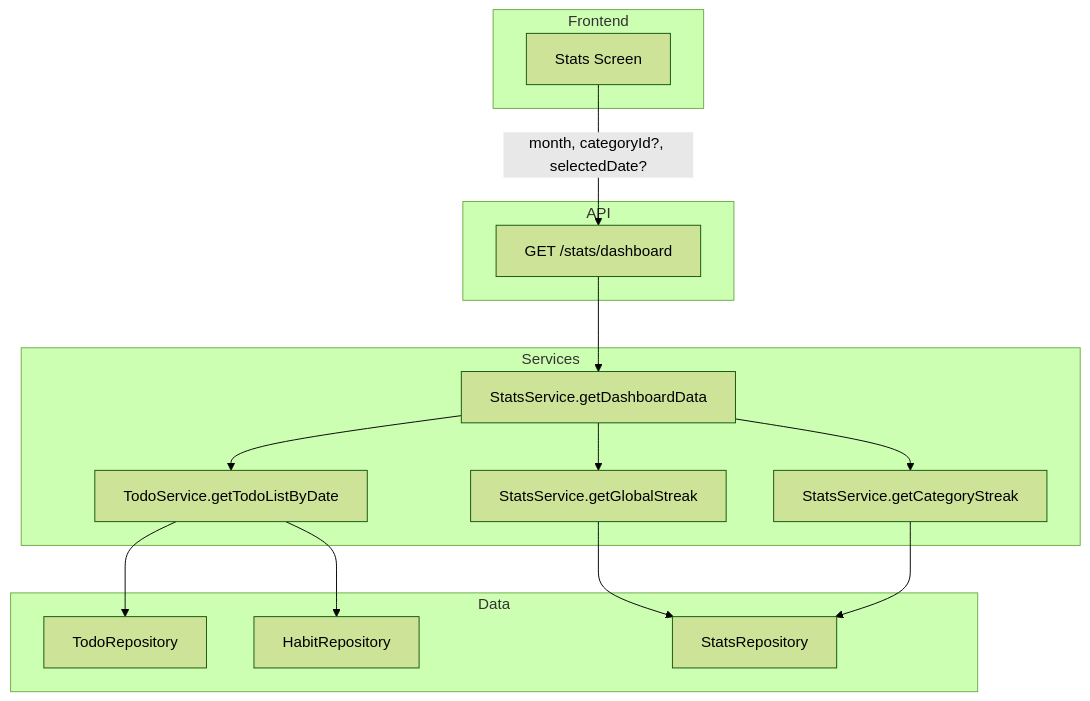
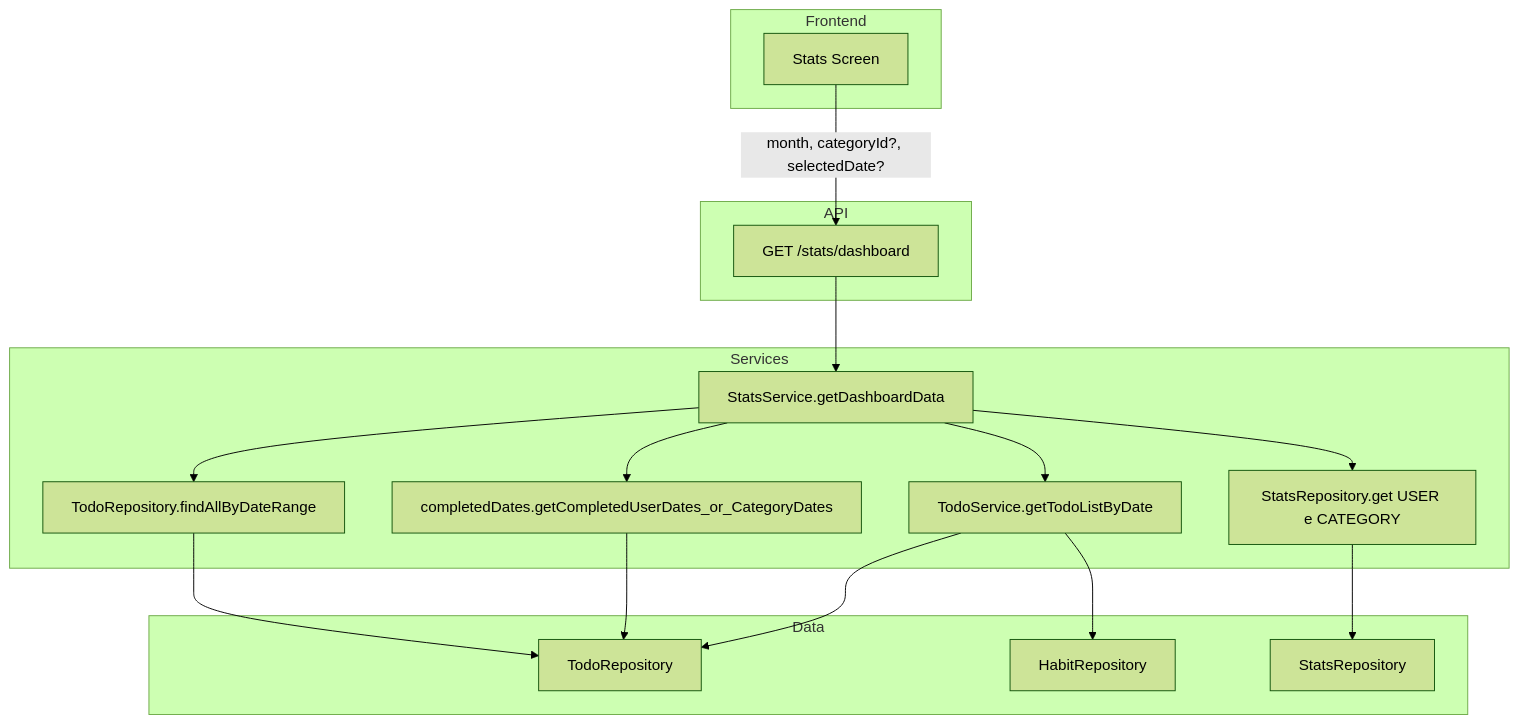
Before and after one commit to jralvarino/planly-api: the diagram in .cursor/plans/stats_dashboard_endpoint_2a248090.plan.md, drawn with Mermaid (forest theme). The commit also changed other lines of this file and 6 other files, not shown here.

````diff
--- a/.cursor/plans/stats_dashboard_endpoint_2a248090.plan.md
+++ b/.cursor/plans/stats_dashboard_endpoint_2a248090.plan.md
@@ -113,33 +178,36 @@
 ```mermaid
 flowchart TB
     subgraph frontend [Frontend]
         A[Stats Screen]
     end
 
     subgraph api [API]
         B["GET /stats/dashboard"]
     end
 
     subgraph services [Services]
         C[StatsService.getDashboardData]
-        D[TodoService.getTodoListByDate]
-        E[StatsService.getGlobalStreak]
-        F[StatsService.getCategoryStreak]
+        D[TodoRepository.findAllByDateRange]
+        E[completedDates.getCompletedUserDates_or_CategoryDates]
+        F[TodoService.getTodoListByDate]
+        G[StatsRepository.get USER e CATEGORY]
     end
 
     subgraph data [Data]
-        G[TodoRepository]
-        H[HabitRepository]
-        I[StatsRepository]
+        H[TodoRepository]
+        I[HabitRepository]
+        J[StatsRepository]
     end
 
     A -->|"month, categoryId?, selectedDate?"| B
     B --> C
     C --> D
     C --> E
     C --> F
-    D --> G
+    C --> G
     D --> H
-    E --> I
+    E --> H
     F --> I
+    F --> H
+    G --> J
 ```
````
